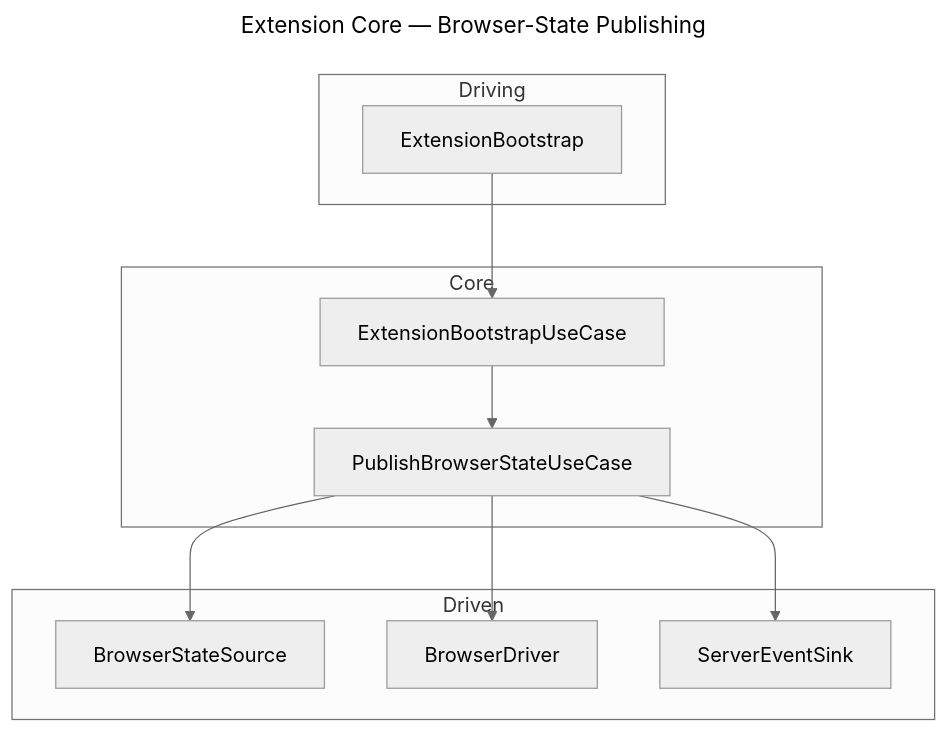
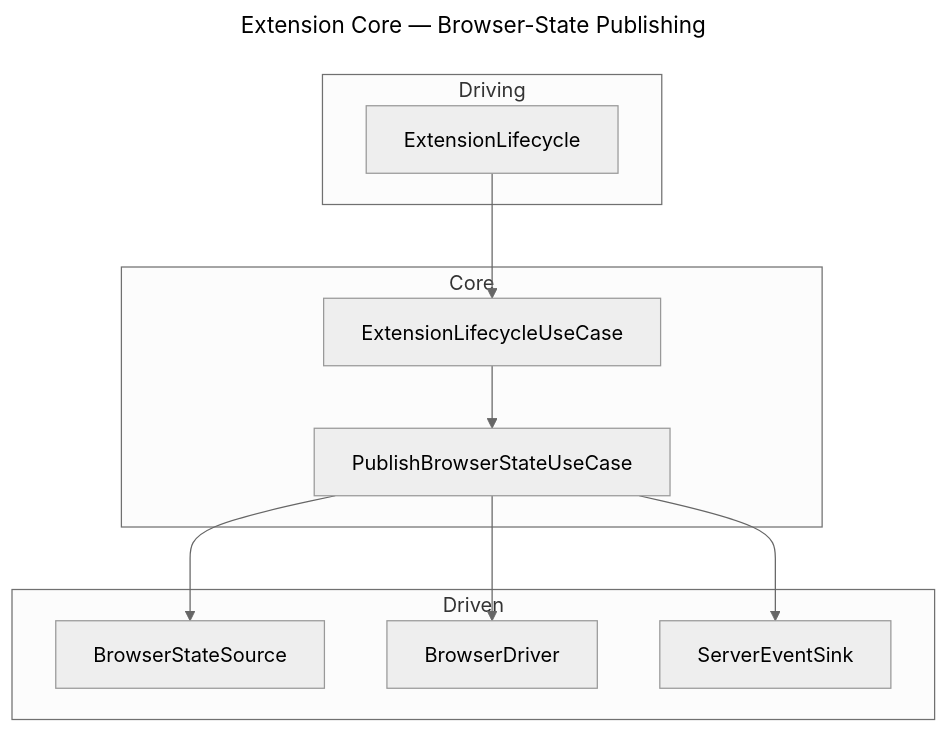
One commit to ndthanhdev/mcp-browser-kit changed the sixth of 11 diagrams in docs/architecture.md. Above: the diagram before and after it, drawn with Mermaid (neutral theme). The commit also changed other lines of this file and 45 other files, not shown here.

First line of the commit message:
feat: gate browser-agent per app, rename ExtensionBootstrap to ExtensionLifecycle (#159)

````diff
--- a/docs/architecture.md
+++ b/docs/architecture.md
@@ -168,23 +172,23 @@
 ```mermaid
 ---
 title: Extension Core — Browser-State Publishing
 ---
 flowchart TB
   subgraph Driving["Driving"]
-    ExtensionBootstrap
+    ExtensionLifecycle
   end
   subgraph Core["Core"]
-    ExtensionBootstrapUseCase
+    ExtensionLifecycleUseCase
     PublishBrowserStateUseCase
   end
   subgraph Driven["Driven"]
     BrowserStateSource
     BrowserDriver
     ServerEventSink
   end
-  ExtensionBootstrap --> ExtensionBootstrapUseCase
-  ExtensionBootstrapUseCase --> PublishBrowserStateUseCase
+  ExtensionLifecycle --> ExtensionLifecycleUseCase
+  ExtensionLifecycleUseCase --> PublishBrowserStateUseCase
   PublishBrowserStateUseCase --> BrowserStateSource
   PublishBrowserStateUseCase --> BrowserDriver
   PublishBrowserStateUseCase --> ServerEventSink
 ```
````
